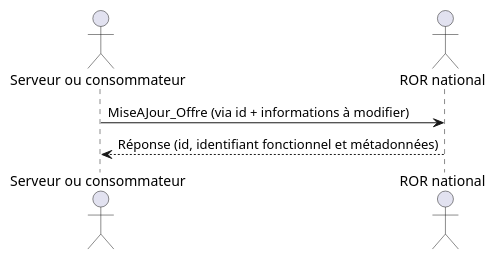
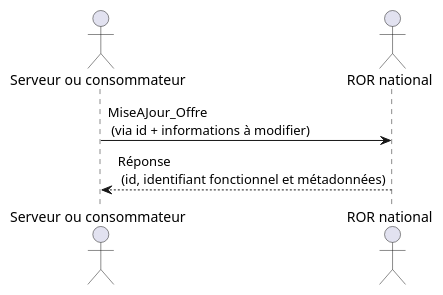
Before and after one commit to ansforge/IG-fhir-repertoire-offre-ressources-sante: the diagram in input/images-source/maj_offre.plantuml, drawn with PlantUML. The commit also changed 15 other files, not shown here.

Commit message:
Harmonisation schémas SF en plantuml

```diff
--- a/input/images-source/maj_offre.plantuml
+++ b/input/images-source/maj_offre.plantuml
@@ -1,6 +1,6 @@
 @startuml maj_offre
 actor "Serveur ou consommateur" as SC
 actor "ROR national" as ROR
-SC -> ROR : MiseAJour_Offre (via id + informations à modifier)
-ROR --> SC : Réponse (id, identifiant fonctionnel et métadonnées)
+SC -> ROR : MiseAJour_Offre \n (via id + informations à modifier)
+ROR --> SC : Réponse \n (id, identifiant fonctionnel et métadonnées)
 @enduml
```
